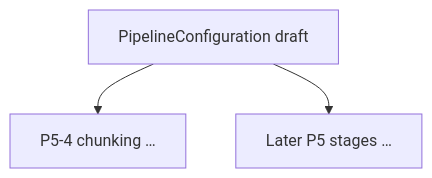
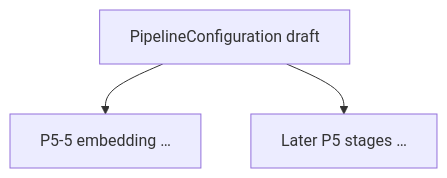
The fifth of 5 diagrams in docs/internal/PROJECT_SYSTEM_DESIGN_EVOLUTION_Phase5.md (anulsasidharan/Unified-RAG-Studio), drawn with Mermaid before and after one commit. The commit also changed other lines of this file and 10 other files, not shown here.

````diff
--- a/docs/internal/PROJECT_SYSTEM_DESIGN_EVOLUTION_Phase5.md
+++ b/docs/internal/PROJECT_SYSTEM_DESIGN_EVOLUTION_Phase5.md
@@ -64,6 +81,6 @@
 ```mermaid
 flowchart TB
   Draft[PipelineConfiguration draft]
-  Draft --> Chunk[P5-4 chunking …]
+  Draft --> Emb[P5-5 embedding …]
   Draft --> Later[Later P5 stages …]
 ```
````
